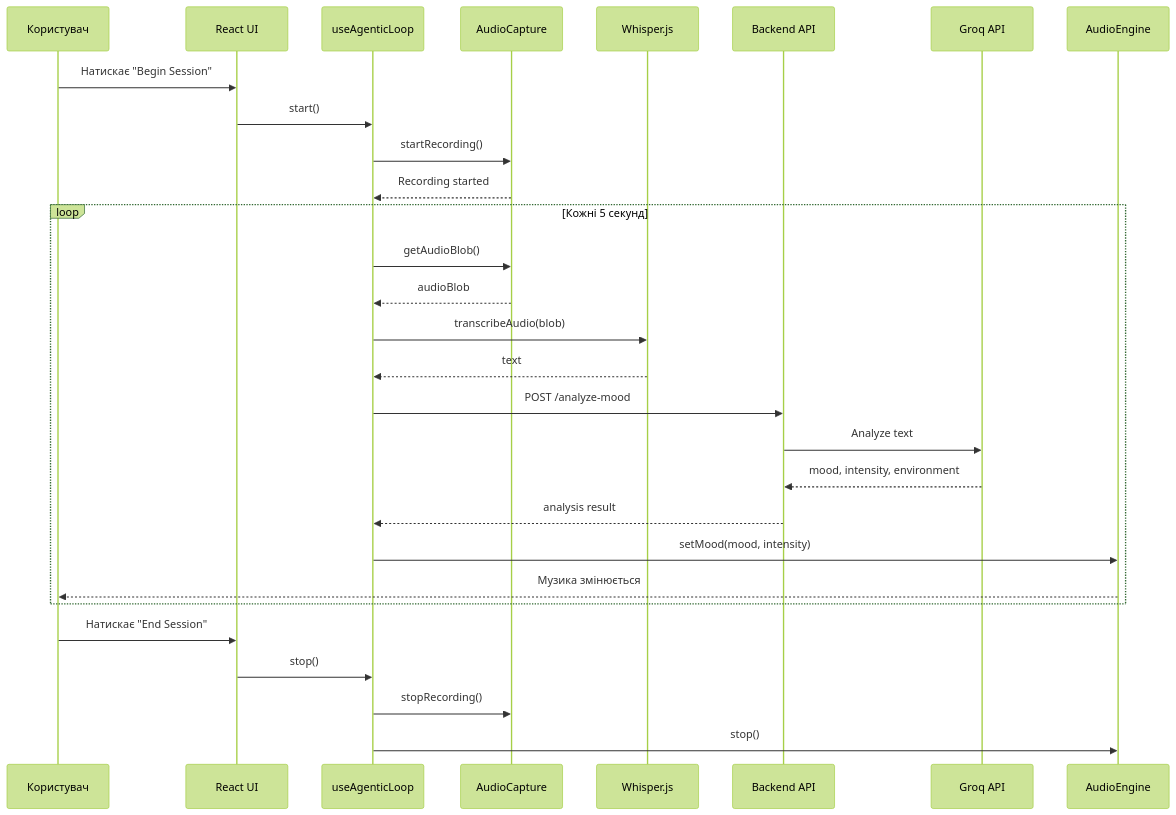
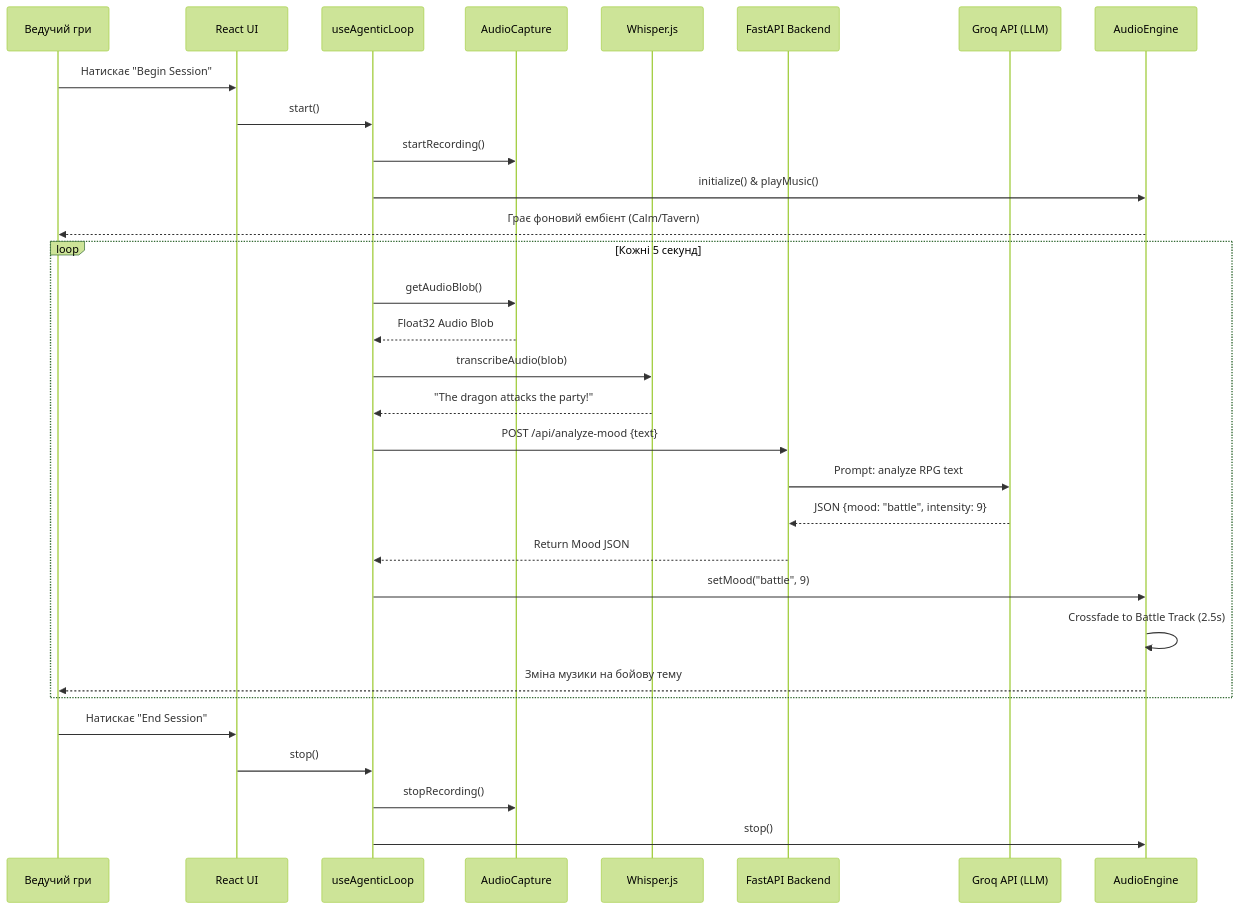
Before and after one commit to Djungarik/MastersDiploma: the fourth of 15 diagrams in Кваліфікаційна_робота_магістра.md, drawn with Mermaid (forest theme). The commit also changed other lines of this file and 125 other files, not shown here.

First line of the commit message:
Thesis review fixes: sequential audio transitions, tests, experiments, diagrams

````diff
--- a/Кваліфікаційна_робота_магістра.md
+++ b/Кваліфікаційна_робота_магістра.md
@@ -645,34 +567,36 @@
 ```mermaid
 sequenceDiagram
-    participant User as Користувач
+    participant DM as Ведучий гри
     participant UI as React UI
     participant Hook as useAgenticLoop
     participant Audio as AudioCapture
     participant Whisper as Whisper.js
-    participant API as Backend API
-    participant Groq as Groq API
+    participant API as FastAPI Backend
+    participant Groq as Groq API (LLM)
     participant Engine as AudioEngine
 
-    User->>UI: Натискає "Begin Session"
+    DM->>UI: Натискає "Begin Session"
     UI->>Hook: start()
     Hook->>Audio: startRecording()
-    Audio-->>Hook: Recording started
+    Hook->>Engine: initialize() & playMusic()
+    Engine-->>DM: Грає фоновий ембієнт (Calm/Tavern)
 
     loop Кожні 5 секунд
         Hook->>Audio: getAudioBlob()
-        Audio-->>Hook: audioBlob
+        Audio-->>Hook: Float32 Audio Blob
         Hook->>Whisper: transcribeAudio(blob)
-        Whisper-->>Hook: text
-        Hook->>API: POST /analyze-mood
-        API->>Groq: Analyze text
-        Groq-->>API: mood, intensity, environment
-        API-->>Hook: analysis result
-        Hook->>Engine: setMood(mood, intensity)
-        Engine-->>User: Музика змінюється
+        Whisper-->>Hook: "The dragon attacks the party!"
+        Hook->>API: POST /api/analyze-mood {text}
+        API->>Groq: Prompt: analyze RPG text
+        Groq-->>API: JSON {mood: "battle", intensity: 9}
+        API-->>Hook: Return Mood JSON
+        Hook->>Engine: setMood("battle", 9)
+        Engine->>Engine: Crossfade to Battle Track (2.5s)
+        Engine-->>DM: Зміна музики на бойову тему
     end
 
-    User->>UI: Натискає "End Session"
+    DM->>UI: Натискає "End Session"
     UI->>Hook: stop()
     Hook->>Audio: stopRecording()
     Hook->>Engine: stop()
 ```
````
